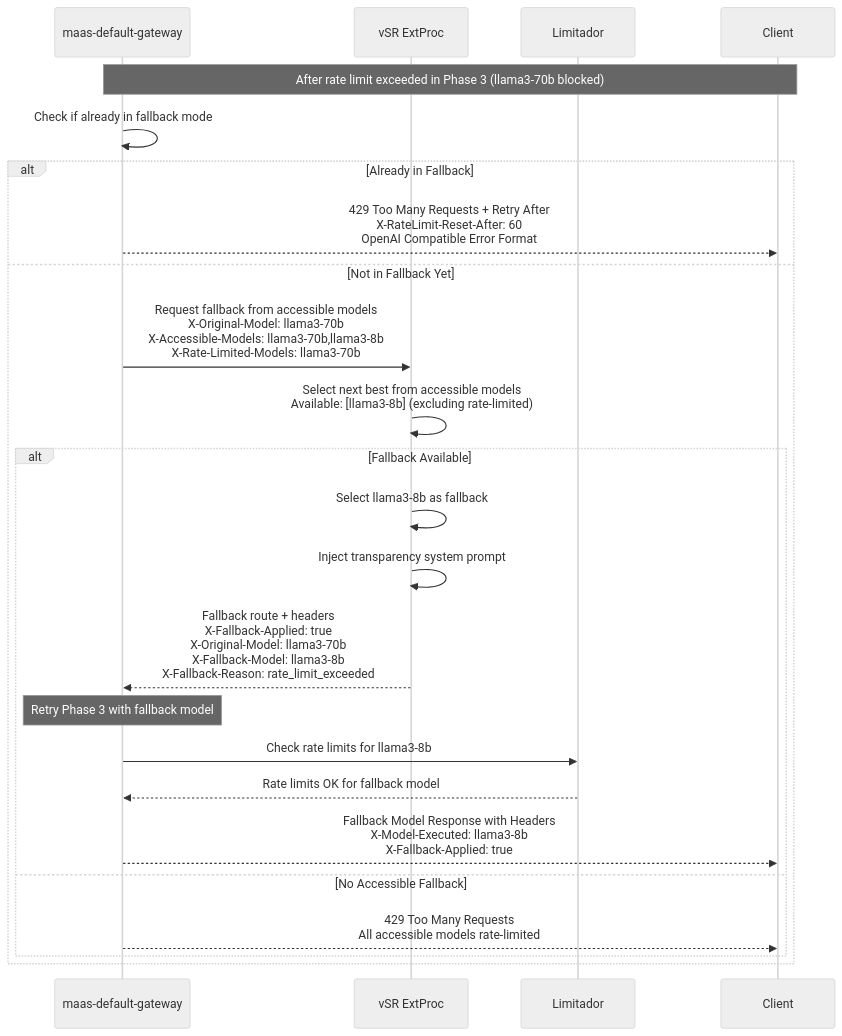
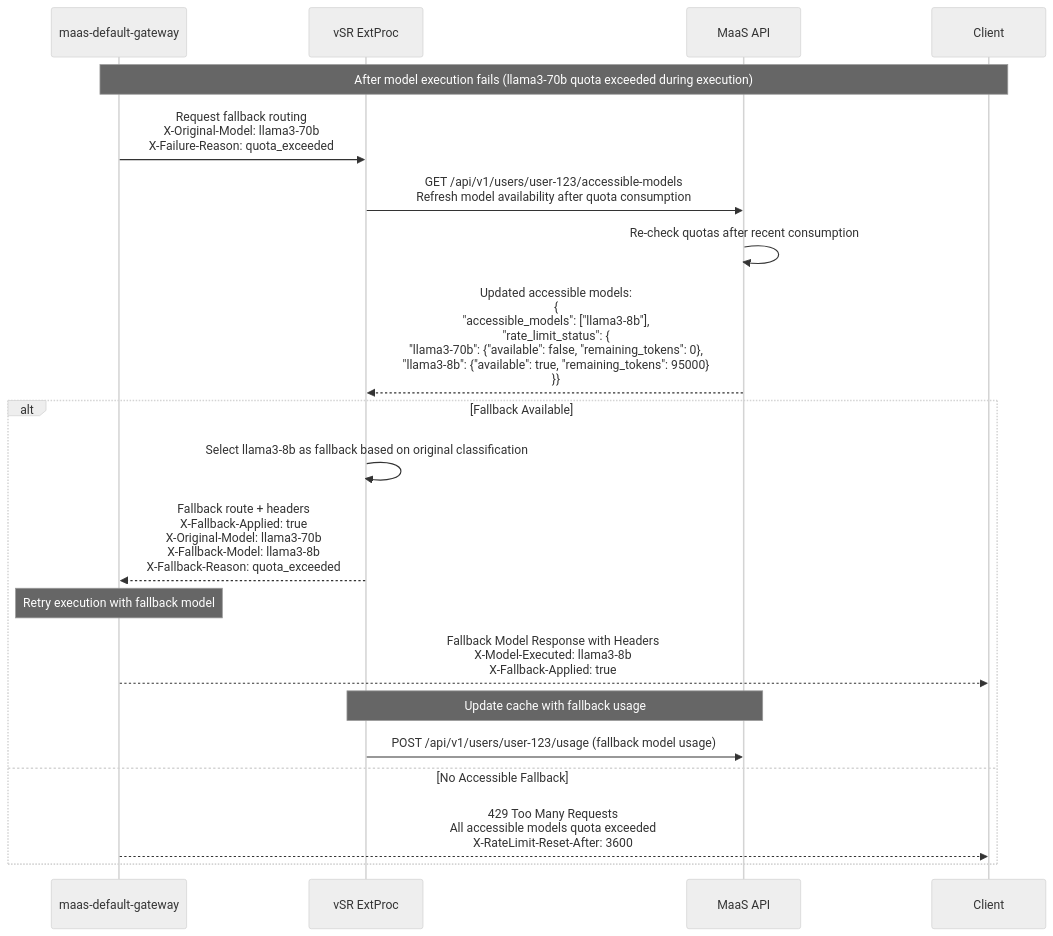
Before and after one commit to noyitz/maas-billing: the eighth of 9 diagrams in docs/designs/vSR-Integration/README.md, drawn with Mermaid (neutral theme). The commit also changed other lines of this file, not shown here.

````diff
--- a/docs/designs/vSR-Integration/README.md
+++ b/docs/designs/vSR-Integration/README.md
@@ -380,31 +359,27 @@
 ```mermaid
 sequenceDiagram
     participant Gateway as maas-default-gateway
     participant vSR as vSR ExtProc
-    participant Limitador
+    participant MaaSAPI as MaaS API
     participant Client
     
-    Note over Gateway,Client: After rate limit exceeded in Phase 3 (llama3-70b blocked)
-    Gateway->>Gateway: Check if already in fallback mode
+    Note over Gateway,Client: After model execution fails (llama3-70b quota exceeded during execution)
+    Gateway->>vSR: Request fallback routing<br/>X-Original-Model: llama3-70b<br/>X-Failure-Reason: quota_exceeded
     
-    alt Already in Fallback
-        Gateway-->>Client: 429 Too Many Requests + Retry After<br/>X-RateLimit-Reset-After: 60<br/>OpenAI Compatible Error Format
-    else Not in Fallback Yet
-        Gateway->>vSR: Request fallback from accessible models<br/>X-Original-Model: llama3-70b<br/>X-Accessible-Models: llama3-70b,llama3-8b<br/>X-Rate-Limited-Models: llama3-70b
+    vSR->>MaaSAPI: GET /api/v1/users/user-123/accessible-models<br/>Refresh model availability after quota consumption
+    MaaSAPI->>MaaSAPI: Re-check quotas after recent consumption
+    MaaSAPI-->>vSR: Updated accessible models:<br/>{<br/>"accessible_models": ["llama3-8b"],<br/>"rate_limit_status": {<br/>"llama3-70b": {"available": false, "remaining_tokens": 0},<br/>"llama3-8b": {"available": true, "remaining_tokens": 95000}<br/>}}
+    
+    alt Fallback Available
+        vSR->>vSR: Select llama3-8b as fallback based on original classification
+        vSR-->>Gateway: Fallback route + headers<br/>X-Fallback-Applied: true<br/>X-Original-Model: llama3-70b<br/>X-Fallback-Model: llama3-8b<br/>X-Fallback-Reason: quota_exceeded
         
-        vSR->>vSR: Select next best from accessible models<br/>Available: [llama3-8b] (excluding rate-limited)
+        Note over Gateway: Retry execution with fallback model
+        Gateway-->>Client: Fallback Model Response with Headers<br/>X-Model-Executed: llama3-8b<br/>X-Fallback-Applied: true
         
-        alt Fallback Available
-            vSR->>vSR: Select llama3-8b as fallback
-            vSR->>vSR: Inject transparency system prompt
-            vSR-->>Gateway: Fallback route + headers<br/>X-Fallback-Applied: true<br/>X-Original-Model: llama3-70b<br/>X-Fallback-Model: llama3-8b<br/>X-Fallback-Reason: rate_limit_exceeded
-            
-            Note over Gateway: Retry Phase 3 with fallback model
-            Gateway->>Limitador: Check rate limits for llama3-8b
-            Limitador-->>Gateway: Rate limits OK for fallback model
-            Gateway-->>Client: Fallback Model Response with Headers<br/>X-Model-Executed: llama3-8b<br/>X-Fallback-Applied: true
-        else No Accessible Fallback
-            Gateway-->>Client: 429 Too Many Requests<br/>All accessible models rate-limited
-        end
+        Note over vSR,MaaSAPI: Update cache with fallback usage
+        vSR->>MaaSAPI: POST /api/v1/users/user-123/usage (fallback model usage)
+    else No Accessible Fallback
+        Gateway-->>Client: 429 Too Many Requests<br/>All accessible models quota exceeded<br/>X-RateLimit-Reset-After: 3600
     end
 ```
````
